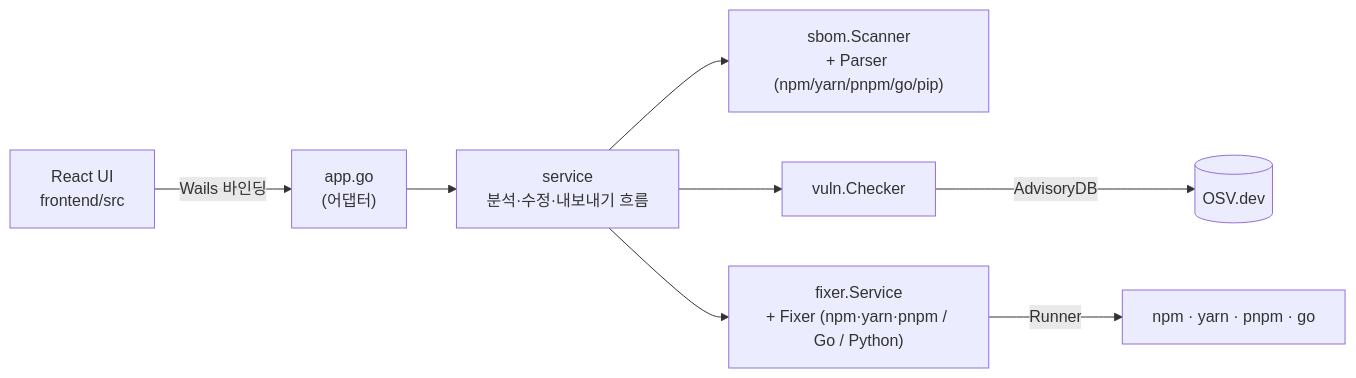
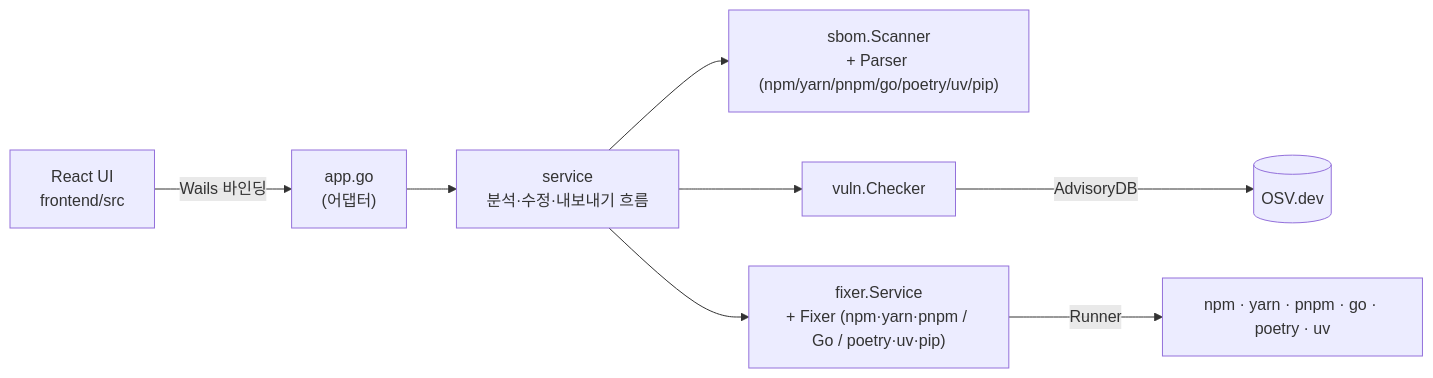
One commit to dbsgur/sbom-fixer changed the diagram in README.md. Above: the diagram before and after it, drawn with Mermaid. The commit also changed other lines of this file, not shown here.

Commit message:
docs: poetry.lock / uv.lock 지원 범위와 수정 방식 문서화

````diff
--- a/README.md
+++ b/README.md
@@ -305,10 +310,10 @@
 ```mermaid
 flowchart LR
   UI["React UI<br/>frontend/src"] -- Wails 바인딩 --> App["app.go<br/>(어댑터)"]
   App --> S["service<br/>분석·수정·내보내기 흐름"]
-  S --> SC["sbom.Scanner<br/>+ Parser (npm/yarn/pnpm/go/pip)"]
+  S --> SC["sbom.Scanner<br/>+ Parser (npm/yarn/pnpm/go/poetry/uv/pip)"]
   S --> CH["vuln.Checker"]
   CH -- AdvisoryDB --> OSV[("OSV.dev")]
-  S --> FX["fixer.Service<br/>+ Fixer (npm·yarn·pnpm / Go / Python)"]
-  FX -- Runner --> PM["npm · yarn · pnpm · go"]
+  S --> FX["fixer.Service<br/>+ Fixer (npm·yarn·pnpm / Go / poetry·uv·pip)"]
+  FX -- Runner --> PM["npm · yarn · pnpm · go · poetry · uv"]
 ```
````
